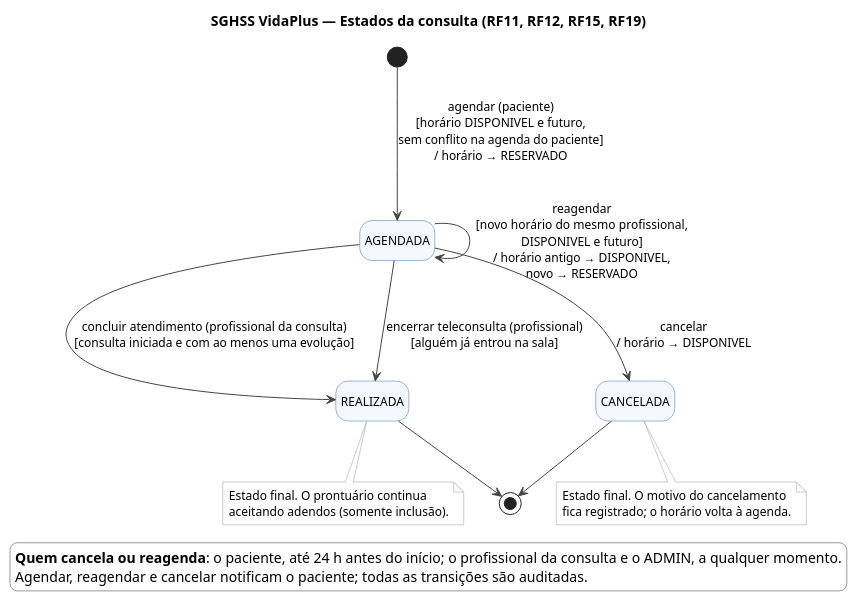
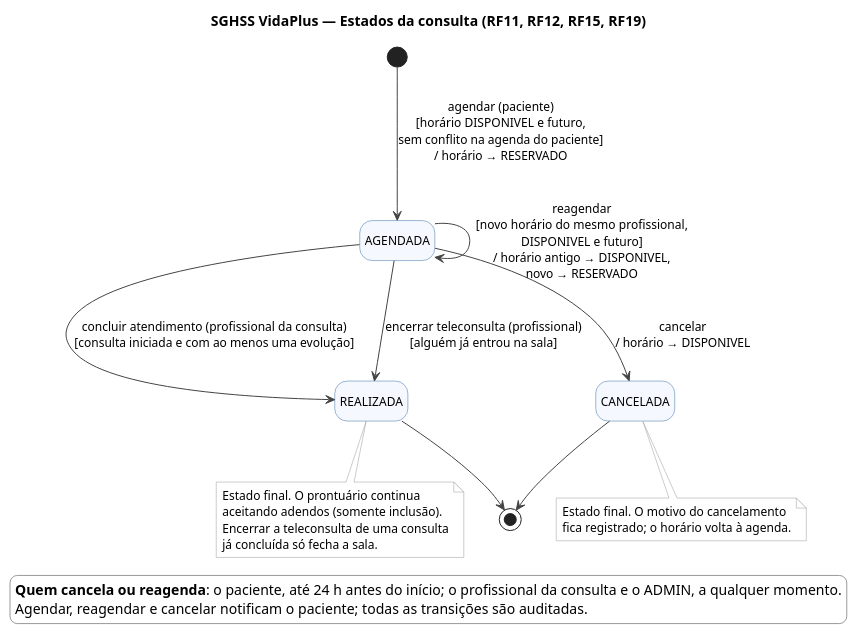
The diagram in docs/diagramas/estados-consulta.puml (JlucasFaria/sghss-api), drawn with PlantUML before and after one commit. The commit also changed 6 other files, not shown here.

Commit message:
docs: ajusta diagramas e readme

```diff
--- a/docs/diagramas/estados-consulta.puml
+++ b/docs/diagramas/estados-consulta.puml
@@ -1,55 +1,57 @@
 @startuml estados-consulta
 title SGHSS VidaPlus — Estados da consulta (RF11, RF12, RF15, RF19)
 
 hide empty description
 skinparam shadowing false
 skinparam defaultFontName Arial
 skinparam defaultFontSize 12
 skinparam state {
   BackgroundColor #F5F9FF
   BorderColor #3B6EA5
   ArrowColor #444444
 }
 skinparam legend {
   BackgroundColor #FFFFFF
   BorderColor #999999
 }
 skinparam note {
   BackgroundColor #FFFFFF
   BorderColor #999999
 }
 
 state AGENDADA
 state REALIZADA
 state CANCELADA
 
 [*] --> AGENDADA : agendar (paciente)\n[horário DISPONIVEL e futuro,\nsem conflito na agenda do paciente]\n/ horário → RESERVADO
 
 AGENDADA --> AGENDADA : reagendar\n[novo horário do mesmo profissional,\nDISPONIVEL e futuro]\n/ horário antigo → DISPONIVEL,\nnovo → RESERVADO
 
 AGENDADA --> CANCELADA : cancelar\n/ horário → DISPONIVEL
 
 AGENDADA --> REALIZADA : concluir atendimento (profissional da consulta)\n[consulta iniciada e com ao menos uma evolução]
 
 AGENDADA --> REALIZADA : encerrar teleconsulta (profissional)\n[alguém já entrou na sala]
 
 REALIZADA --> [*]
 CANCELADA --> [*]
 
 
 note bottom of REALIZADA
   Estado final. O prontuário continua
   aceitando adendos (somente inclusão).
+  Encerrar a teleconsulta de uma consulta
+  já concluída só fecha a sala.
 end note
 
 note bottom of CANCELADA
   Estado final. O motivo do cancelamento
   fica registrado; o horário volta à agenda.
 end note
 
 legend bottom left
   <b>Quem cancela ou reagenda</b>: o paciente, até 24 h antes do início; o profissional da consulta e o ADMIN, a qualquer momento.
   Agendar, reagendar e cancelar notificam o paciente; todas as transições são auditadas.
 endlegend
 
 @enduml
```
